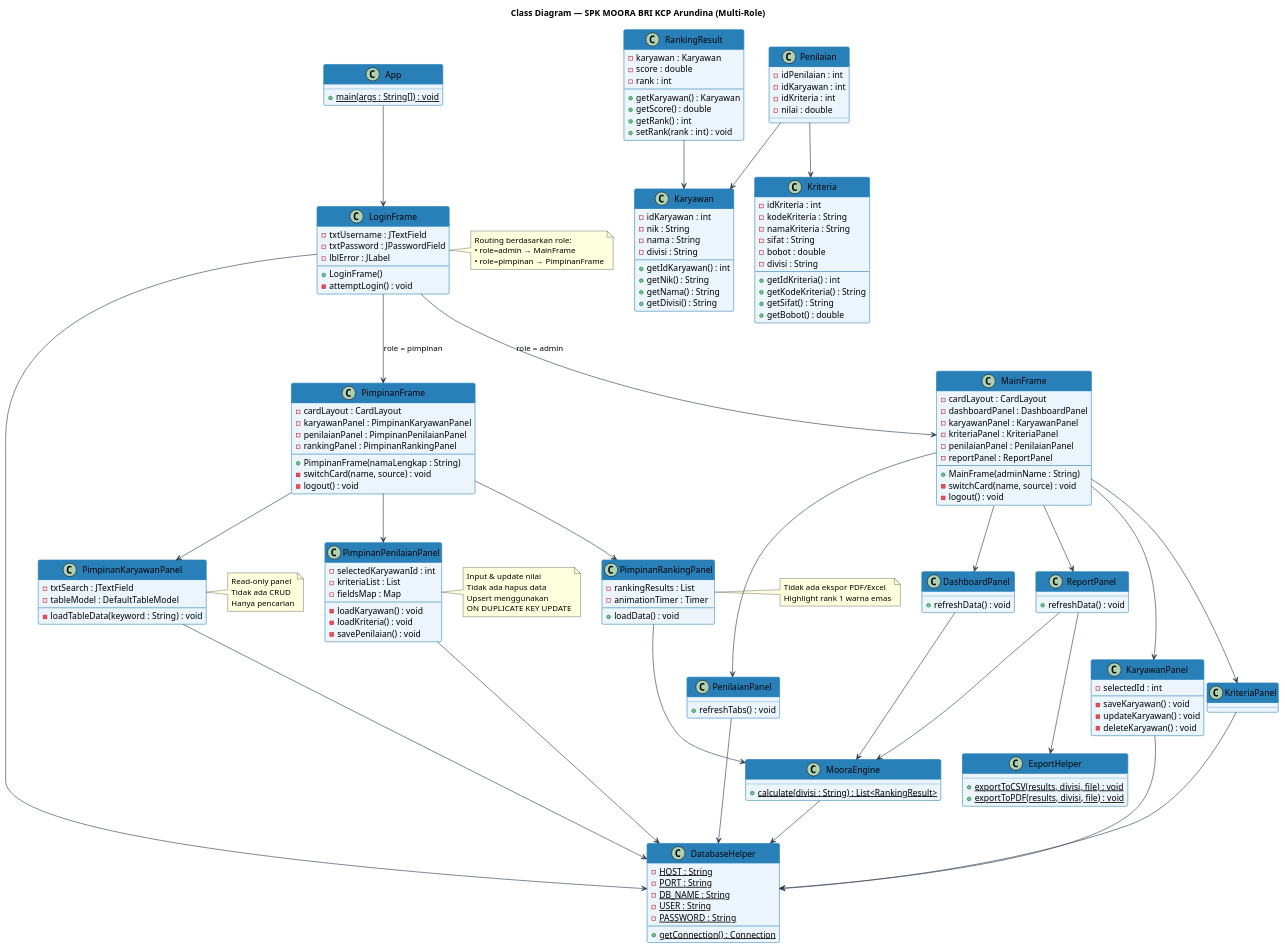
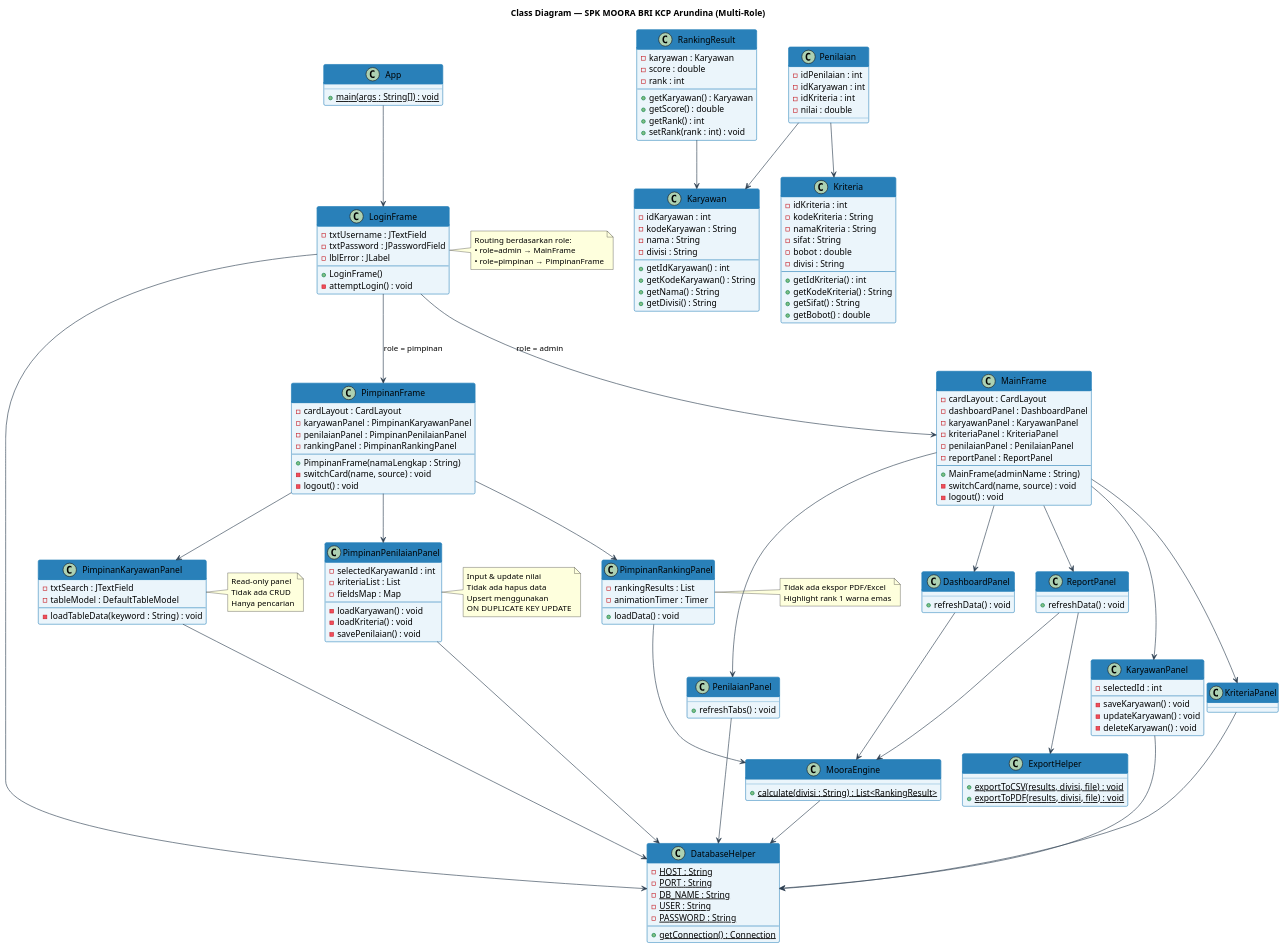
One commit to caidenrev/spk-bri-2.0 changed the ninth of 14 diagrams in BAB4_DIAGRAM.md. Above: the diagram before and after it, drawn with PlantUML. The commit also changed other lines of this file and 12 other files, not shown here.

```diff
--- a/BAB4_DIAGRAM.md
+++ b/BAB4_DIAGRAM.md
@@ -485,12 +485,12 @@
 
 class Karyawan {
   - idKaryawan : int
-  - nik : String
+  - kodeKaryawan : String
   - nama : String
   - divisi : String
   --
   + getIdKaryawan() : int
-  + getNik() : String
+  + getKodeKaryawan() : String
   + getNama() : String
   + getDivisi() : String
 }
```
